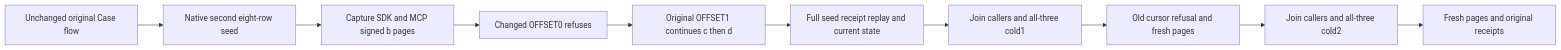
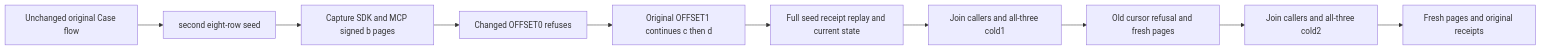
The diagram in docs/Features/QueryExecution/SignedCursorRequestIdentity.md (managedcode/KeyLoad), drawn with Mermaid before and after one commit. The commit also changed other lines of this file and 9016 other files, not shown here.

````diff
--- a/docs/Features/QueryExecution/SignedCursorRequestIdentity.md
+++ b/docs/Features/QueryExecution/SignedCursorRequestIdentity.md
@@ -20,12 +20,12 @@
 ```mermaid
 flowchart LR
- O[Unchanged original Case flow] --> S[Native second eight-row seed]
+ O[Unchanged original Case flow] --> S[second eight-row seed]
  S --> C[Capture SDK and MCP signed b pages]
  C --> X[Changed OFFSET0 refuses]
  X --> V[Original OFFSET1 continues c then d]
  V --> R[Full seed receipt replay and current state]
  R --> K1[Join callers and all-three cold1]
  K1 --> F1[Old cursor refusal and fresh pages]
  F1 --> K2[Join callers and all-three cold2]
  K2 --> F2[Fresh pages and original receipts]
 ```
````
